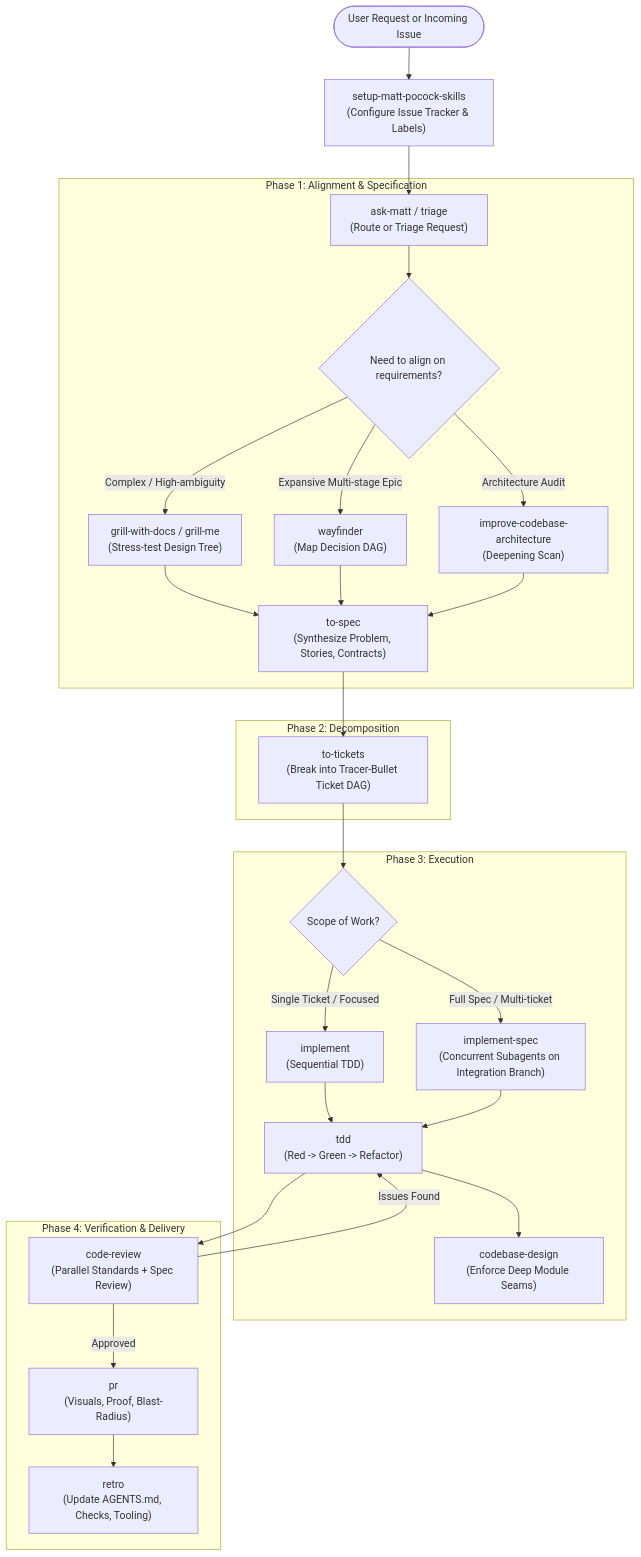
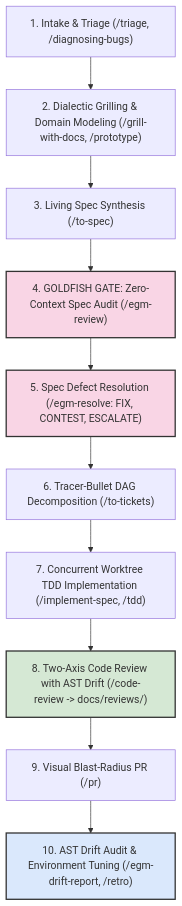
The first of 2 diagrams in illustration.md (Saifallah-star/AEGIS), drawn with Mermaid before and after one commit. The commit also changed other lines of this file and 11 other files, not shown here.

Commit message:
Refactor Antigravity Skills Architecture & Illustration Guide: Update lifecycle phases, enhance progressive disclosure model, and clarify subagent roles. Introduce Goldfish Review Gate and improve documentation structure for better clarity and usability.

````diff
--- a/illustration.md
+++ b/illustration.md
@@ -72,35 +50,17 @@
 ```mermaid
 flowchart TD
-    Start(["User Request or Incoming Issue"]) --> Setup["setup-matt-pocock-skills\n(Configure Issue Tracker & Labels)"]
-    Setup --> Router["ask-matt / triage\n(Route or Triage Request)"]
+    A["1. Intake & Triage (/triage, /diagnosing-bugs)"] --> B["2. Dialectic Grilling & Domain Modeling (/grill-with-docs, /prototype)"]
+    B --> C["3. Living Spec Synthesis (/to-spec)"]
+    C --> D["4. GOLDFISH GATE: Zero-Context Spec Audit (/egm-review)"]
+    D --> E["5. Spec Defect Resolution (/egm-resolve: FIX, CONTEST, ESCALATE)"]
+    E --> F["6. Tracer-Bullet DAG Decomposition (/to-tickets)"]
+    F --> G["7. Concurrent Worktree TDD Implementation (/implement-spec, /tdd)"]
+    G --> H["8. Two-Axis Code Review with AST Drift (/code-review -> docs/reviews/)"]
+    H --> I["9. Visual Blast-Radius PR (/pr)"]
+    I --> J["10. AST Drift Audit & Environment Tuning (/egm-drift-report, /retro)"]
 
-    subgraph "Phase 1: Alignment & Specification"
-        Router --> Discovery{"Need to align on requirements?"}
-        Discovery -- "Complex / High-ambiguity" --> Grill["grill-with-docs / grill-me\n(Stress-test Design Tree)"]
-        Discovery -- "Expansive Multi-stage Epic" --> Wayfinder["wayfinder\n(Map Decision DAG)"]
-        Discovery -- "Architecture Audit" --> Arch["improve-codebase-architecture\n(Deepening Scan)"]
-        Grill --> Spec["to-spec\n(Synthesize Problem, Stories, Contracts)"]
-        Wayfinder --> Spec
-        Arch --> Spec
-    end
-
-    subgraph "Phase 2: Decomposition"
-        Spec --> Tickets["to-tickets\n(Break into Tracer-Bullet Ticket DAG)"]
-    end
-
-    subgraph "Phase 3: Execution"
-        Tickets --> ExecChoice{"Scope of Work?"}
-        ExecChoice -- "Single Ticket / Focused" --> Implement["implement\n(Sequential TDD)"]
-        ExecChoice -- "Full Spec / Multi-ticket" --> ImplementSpec["implement-spec\n(Concurrent Subagents on Integration Branch)"]
-        Implement --> TDD["tdd\n(Red -> Green -> Refactor)"]
-        ImplementSpec --> TDD
-        TDD --> DesignRef["codebase-design\n(Enforce Deep Module Seams)"]
-    end
-
-    subgraph "Phase 4: Verification & Delivery"
-        TDD --> Review["code-review\n(Parallel Standards + Spec Review)"]
-        Review -- "Issues Found" --> TDD
-        Review -- "Approved" --> PR["pr\n(Visuals, Proof, Blast-Radius)"]
-        PR --> Retro["retro\n(Update AGENTS.md, Checks, Tooling)"]
-    end
+    style D fill:#f9d5e5,stroke:#333,stroke-width:2px
+    style E fill:#f9d5e5,stroke:#333,stroke-width:2px
+    style H fill:#d5e8d4,stroke:#333,stroke-width:2px
+    style J fill:#dae8fc,stroke:#333,stroke-width:2px
 ```
````
